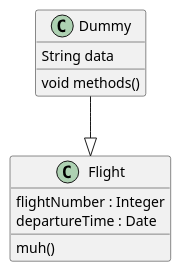
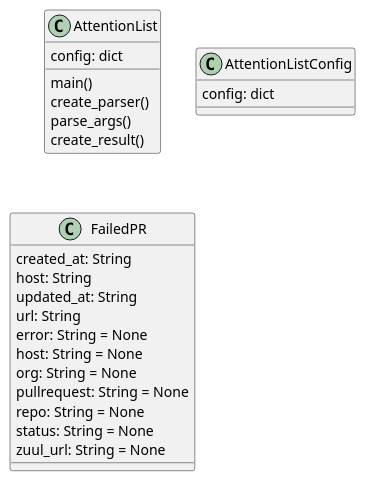
The diagram in planning/classdiagram.plantuml (opentelekomcloud-infra/attention-list), drawn with PlantUML before and after one commit.

Commit message:
uml update

```diff
--- a/planning/classdiagram.plantuml
+++ b/planning/classdiagram.plantuml
@@ -1,14 +1,27 @@
 @startuml Hello World
-Dummy --|> Flight
-
-class Dummy {
-  String data
-  void methods()
+class AttentionList {
+  config: dict
+  main()
+  create_parser()
+  parse_args()
+  create_result()
 }
 
-class Flight {
-   flightNumber : Integer
-   departureTime : Date
-   muh()
+class AttentionListConfig{
+   config: dict
+}
+
+class FailedPR{
+  created_at: String
+  host: String
+  updated_at: String
+  url: String
+  error: String = None
+  host: String = None
+  org: String = None
+  pullrequest: String = None
+  repo: String = None
+  status: String = None
+  zuul_url: String = None
 }
 @enduml
```
